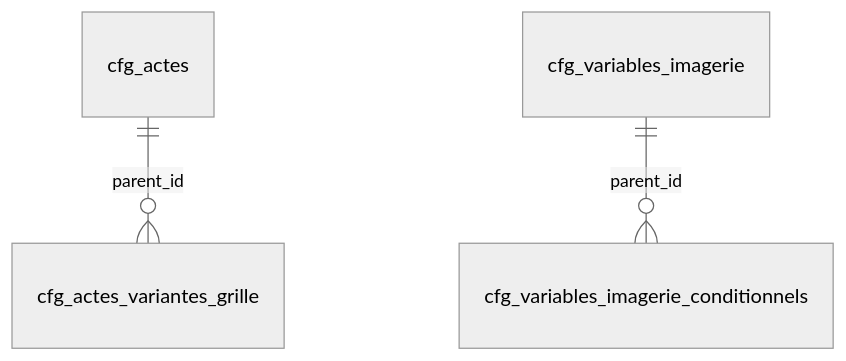
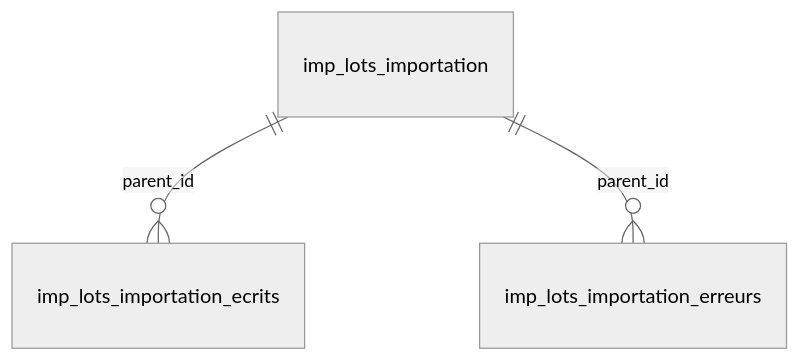
Before and after one commit to massenon/sighcnt: the third of 15 diagrams in docs/architecture/ERD.md, drawn with Mermaid (neutral theme). The commit also changed other lines of this file and 10 other files, not shown here.

First line of the commit message:
chore(referentiels): régénération complète depuis la maquette (droits, manifeste, parité, cartographie, ERD, copies du poste, icônes)

````diff
--- a/docs/architecture/ERD.md
+++ b/docs/architecture/ERD.md
@@ -71,5 +89,5 @@
 ```mermaid
 erDiagram
-  cfg_actes ||--o{ cfg_actes_variantes_grille : "parent_id"
-  cfg_variables_imagerie ||--o{ cfg_variables_imagerie_conditionnels : "parent_id"
+  imp_lots_importation ||--o{ imp_lots_importation_ecrits : "parent_id"
+  imp_lots_importation ||--o{ imp_lots_importation_erreurs : "parent_id"
 ```
````
